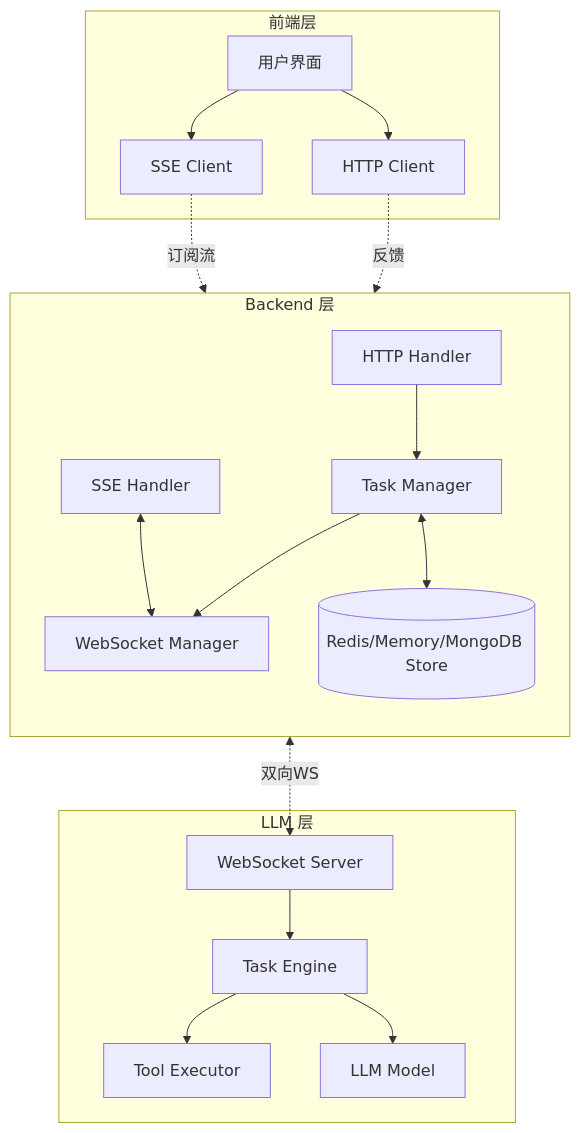
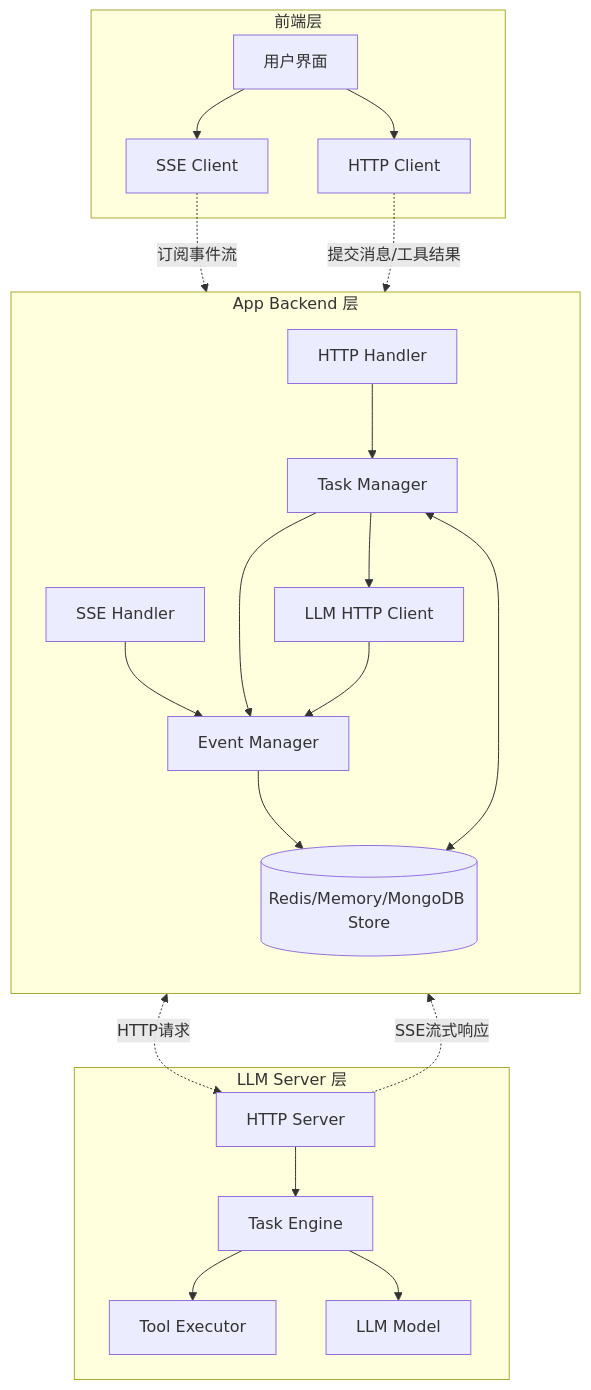
The diagram in all/未命名-10.md (yingjianzh/iodraw-files), drawn with Mermaid before and after one commit. The commit also changed other lines of this file, not shown here.

````diff
--- a/all/未命名-10.md
+++ b/all/未命名-10.md
@@ -1,41 +1,47 @@
 ```mermaid
 graph TB
     subgraph "前端层"
         UI[用户界面]
         SSE[SSE Client]
         HTTP[HTTP Client]
     end
 
-    subgraph "Backend 层"
+    subgraph "App Backend 层"
         direction TB
         SSE_Handler[SSE Handler]
         HTTP_Handler[HTTP Handler]
-        WS_Manager[WebSocket Manager]
-        Task_Mgr[Task Manager]
+        Event_Manager[Event Manager]
+        Task_Manager[Task Manager]
+        LLM_Client[LLM HTTP Client]
         Store[(Redis/Memory/MongoDB Store)]
     end
 
-    subgraph "LLM 层"
-        WS_Server[WebSocket Server]
+    subgraph "LLM Server 层"
+        HTTP_Server[HTTP Server]
         Task_Engine[Task Engine]
         Tool_Executor[Tool Executor]
         Model[LLM Model]
     end
 
     UI --> SSE
     UI --> HTTP
 
-    SSE -.订阅流.-> SSE_Handler
-    HTTP -.反馈.-> HTTP_Handler
+    SSE -.订阅事件流.-> SSE_Handler
+    HTTP -.提交消息/工具结果.-> HTTP_Handler
 
-    SSE_Handler <--> WS_Manager
-    HTTP_Handler --> Task_Mgr
-    Task_Mgr --> WS_Manager
+    SSE_Handler --> Event_Manager
+    HTTP_Handler --> Task_Manager
+    Task_Manager --> Event_Manager
+    Task_Manager --> LLM_Client
 
-    Task_Mgr <--> Store
+    Event_Manager --> Store
+    Task_Manager <--> Store
 
-    WS_Manager <-.双向WS.-> WS_Server
-    WS_Server --> Task_Engine
+    LLM_Client <-.HTTP请求.-> HTTP_Server
+    HTTP_Server -.SSE流式响应.-> LLM_Client
+    LLM_Client --> Event_Manager
+
+    HTTP_Server --> Task_Engine
     Task_Engine --> Tool_Executor
     Task_Engine --> Model
 ```
````
